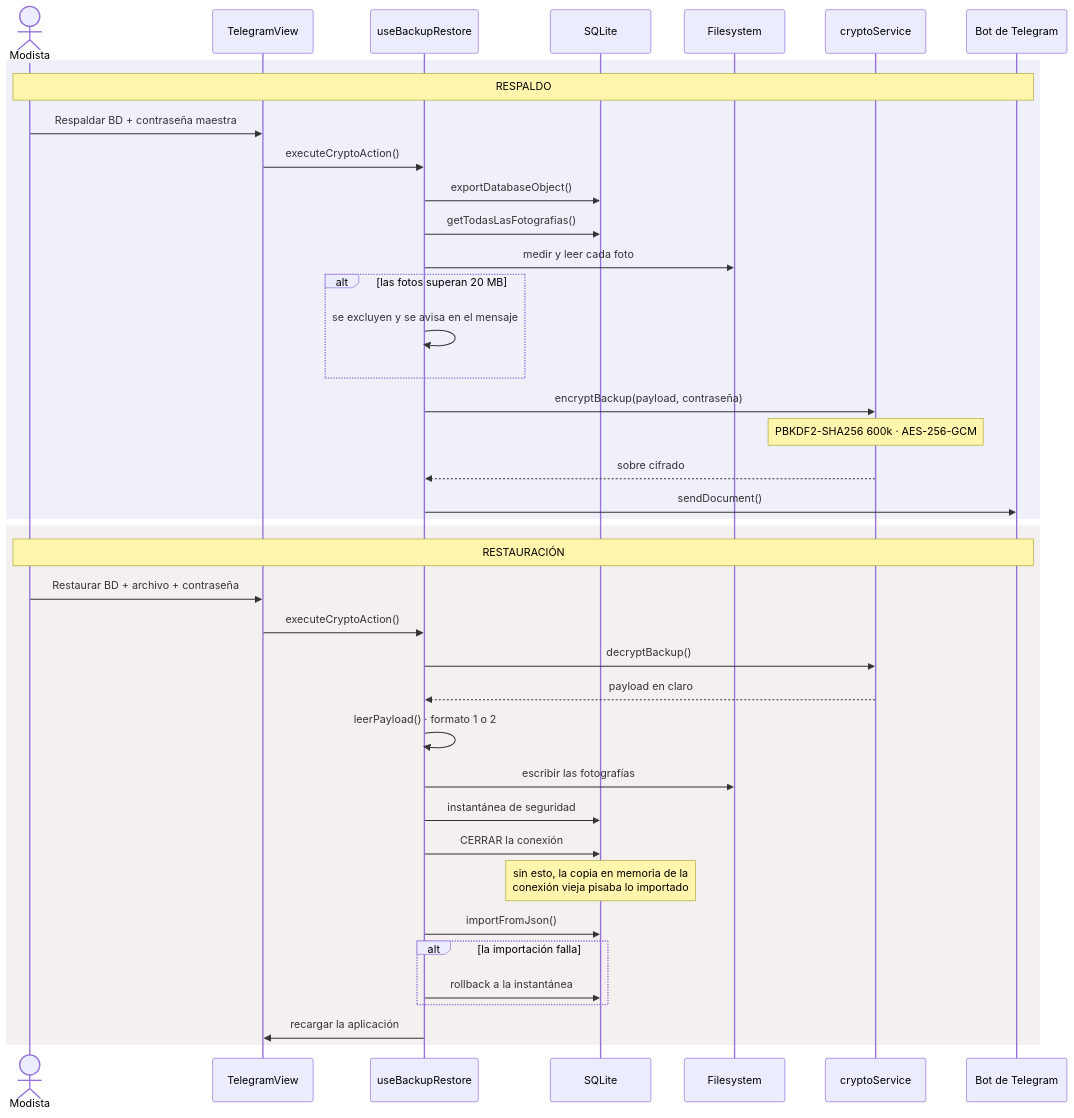
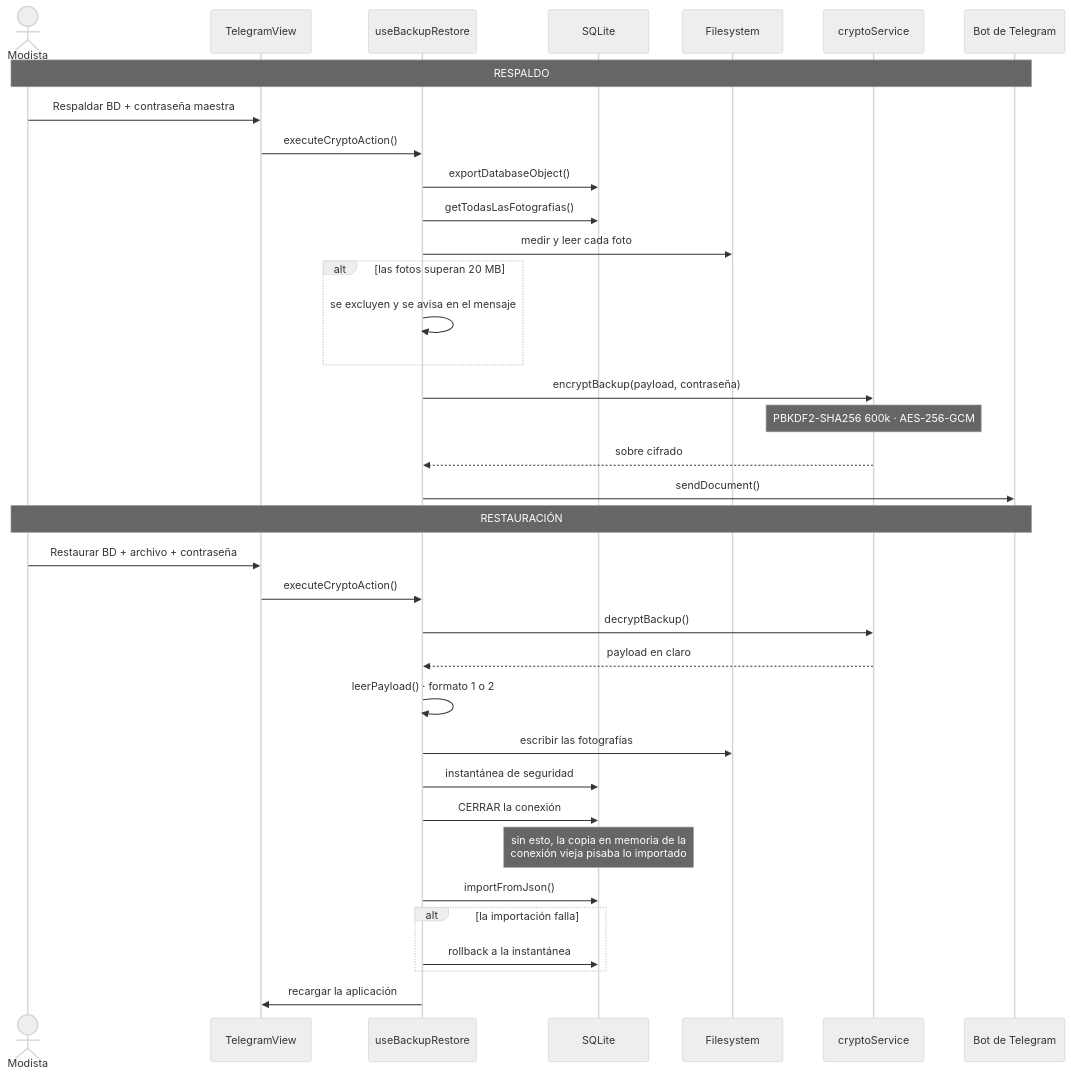
One commit to Aryannext/Costura-app changed diagram 14 of 16 in docs/02-diseno/DIAGRAMAS.md. Above: the diagram before and after it, drawn with Mermaid. The commit also changed other lines of this file and 4 other files, not shown here.

First line of the commit message:
P1-7: el aviso de las 8:00 comprueba el permiso de alarmas exactas; diagramas sin emojis ni colores

````diff
--- a/docs/02-diseno/DIAGRAMAS.md
+++ b/docs/02-diseno/DIAGRAMAS.md
@@ -632,44 +631,39 @@
 ```mermaid
+%%{init: {'theme': 'neutral'}}%%
 sequenceDiagram
     actor M as Modista
     participant V as TelegramView
     participant B as useBackupRestore
     participant BD as SQLite
     participant F as Filesystem
     participant C as cryptoService
     participant T as Bot de Telegram
-
-    rect rgb(240, 240, 250)
     Note over M,T: RESPALDO
     M->>V: Respaldar BD + contraseña maestra
     V->>B: executeCryptoAction()
     B->>BD: exportDatabaseObject()
     B->>BD: getTodasLasFotografias()
     B->>F: medir y leer cada foto
     alt las fotos superan 20 MB
         B->>B: se excluyen y se avisa en el mensaje
     end
     B->>C: encryptBackup(payload, contraseña)
     Note over C: PBKDF2-SHA256 600k · AES-256-GCM
     C-->>B: sobre cifrado
     B->>T: sendDocument()
-    end
-
-    rect rgb(245, 240, 240)
     Note over M,T: RESTAURACIÓN
     M->>V: Restaurar BD + archivo + contraseña
     V->>B: executeCryptoAction()
     B->>C: decryptBackup()
     C-->>B: payload en claro
     B->>B: leerPayload() · formato 1 o 2
     B->>F: escribir las fotografías
     B->>BD: instantánea de seguridad
     B->>BD: CERRAR la conexión
     Note over BD: sin esto, la copia en memoria de la<br/>conexión vieja pisaba lo importado
     B->>BD: importFromJson()
     alt la importación falla
         B->>BD: rollback a la instantánea
     end
     B->>V: recargar la aplicación
-    end
 ```
````
